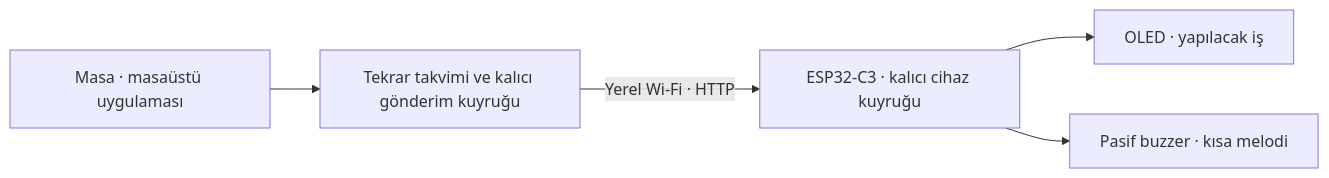
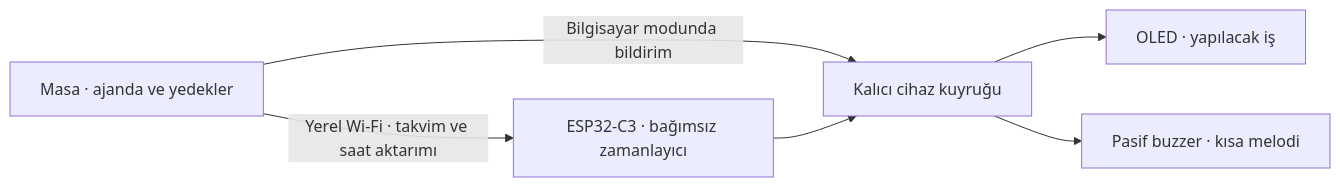
One commit to yakutozcan/ESP32C-Reminder changed the diagram in README.md. Above: the diagram before and after it, drawn with Mermaid. The commit also changed other lines of this file and 36 other files, not shown here.

````diff
--- a/README.md
+++ b/README.md
@@ -44,7 +58,8 @@
 ```mermaid
 flowchart LR
-    A["Masa · masaüstü uygulaması"] --> B["Tekrar takvimi ve kalıcı gönderim kuyruğu"]
-    B -->|"Yerel Wi-Fi · HTTP"| C["ESP32-C3 · kalıcı cihaz kuyruğu"]
+    A["Masa · ajanda ve yedekler"] -->|"Yerel Wi-Fi · takvim ve saat aktarımı"| B["ESP32-C3 · bağımsız zamanlayıcı"]
+    A -->|"Bilgisayar modunda bildirim"| C["Kalıcı cihaz kuyruğu"]
+    B --> C
     C --> D["OLED · yapılacak iş"]
     C --> E["Pasif buzzer · kısa melodi"]
 ```
````
